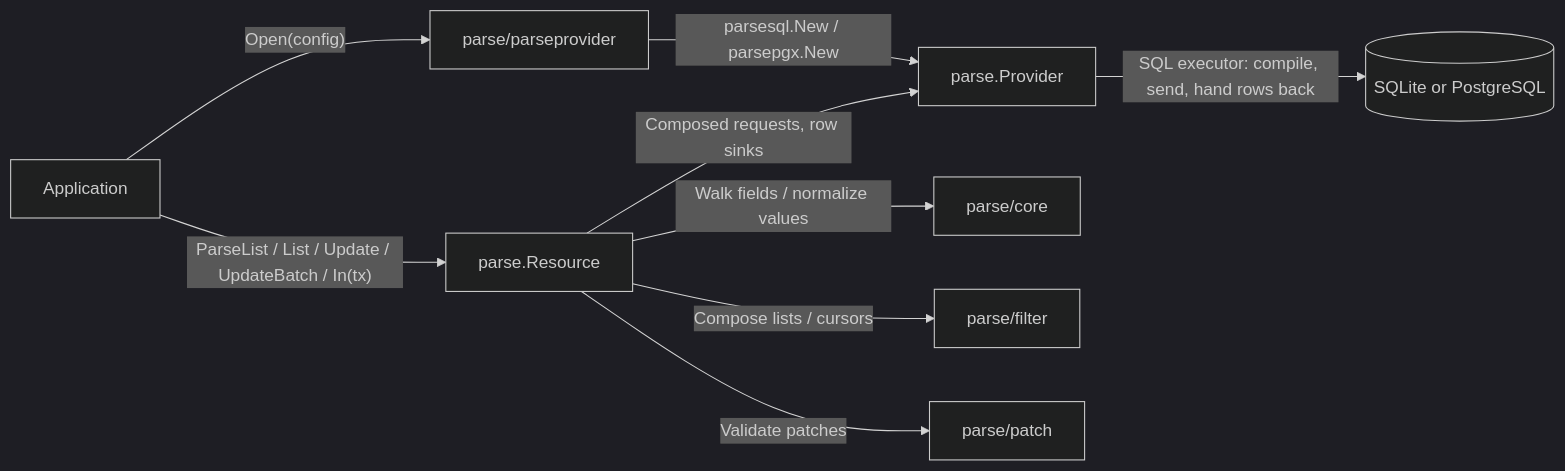
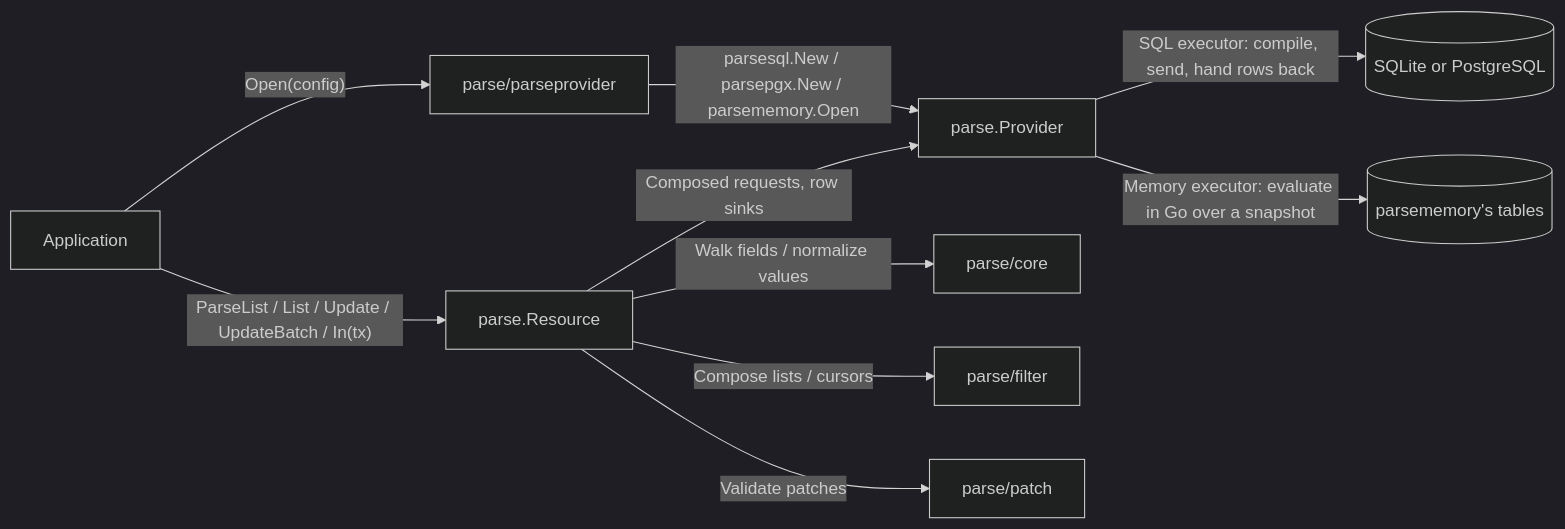
The diagram in parse/README.md (ashtonian/pkg), drawn with Mermaid (dark theme) before and after one commit. The commit also changed other lines of this file and 14 other files, not shown here.

````diff
--- a/parse/README.md
+++ b/parse/README.md
@@ -7,11 +7,12 @@
 ```mermaid
 flowchart LR
     app["Application"] -->|"Open(config)"| selector["parse/parseprovider"]
-    selector -->|"parsesql.New / parsepgx.New"| provider["parse.Provider"]
+    selector -->|"parsesql.New / parsepgx.New / parsememory.Open"| provider["parse.Provider"]
     app -->|"ParseList / List / Update / UpdateBatch / In(tx)"| resource["parse.Resource"]
     resource -->|"Composed requests, row sinks"| provider
     provider -->|"SQL executor: compile, send, hand rows back"| db[("SQLite or PostgreSQL")]
+    provider -->|"Memory executor: evaluate in Go over a snapshot"| mem[("parsememory's tables")]
     resource -->|"Walk fields / normalize values"| core["parse/core"]
     resource -->|"Compose lists / cursors"| filter["parse/filter"]
     resource -->|"Validate patches"| patch["parse/patch"]
 ```
````
